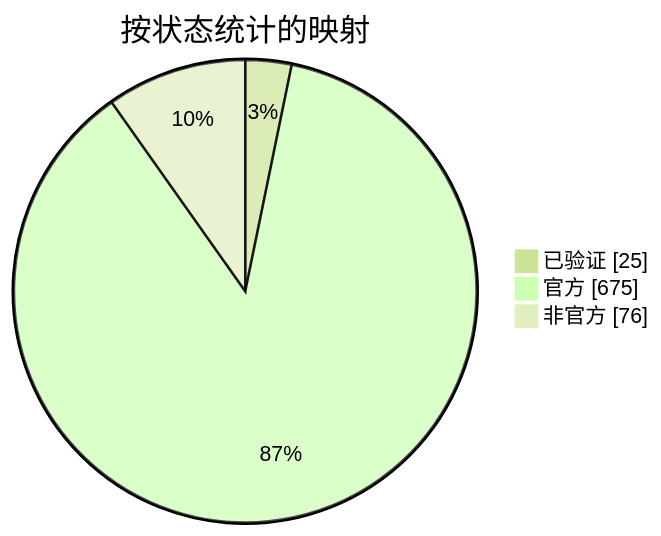
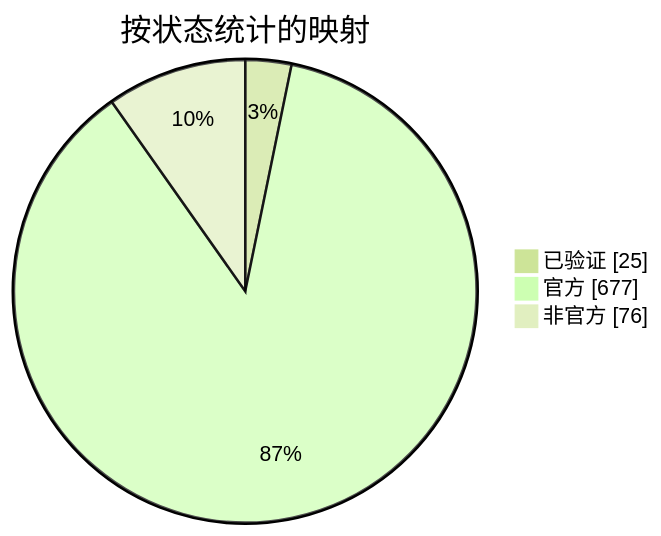
Before and after one commit to nobrega8/mbmap-library: the diagram in docs/readme/README_ZHS.md, drawn with Mermaid (forest theme). The commit also changed 7 other files, not shown here.

````diff
--- a/docs/readme/README_ZHS.md
+++ b/docs/readme/README_ZHS.md
@@ -54,7 +54,7 @@
 ```mermaid
 pie showData
     title 按状态统计的映射
     "已验证" : 25
-    "官方" : 675
+    "官方" : 677
     "非官方" : 76
 ```
````
